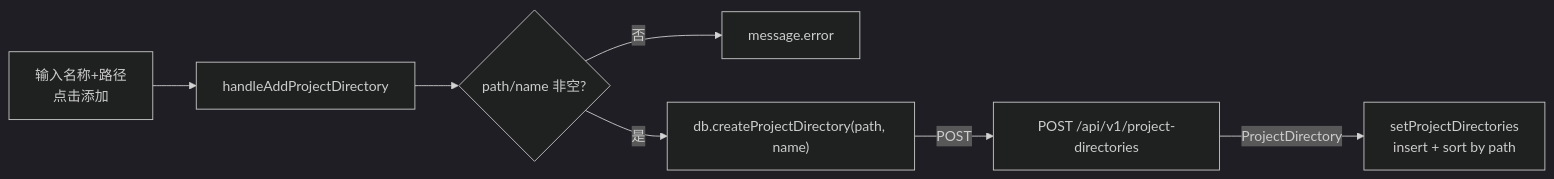
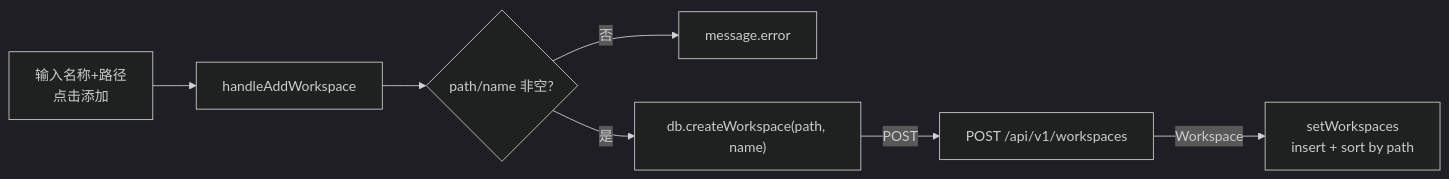
The first of 4 diagrams in frontend/src/help/pages/ws-add.md (weibaohui/ntd), drawn with Mermaid (dark theme) before and after one commit. The commit also changed other lines of this file and 122 other files, not shown here.

First line of the commit message:
refactor(104): 工作空间命名统一——project_directory 全套改为 workspace (#1054)

````diff
--- a/frontend/src/help/pages/ws-add.md
+++ b/frontend/src/help/pages/ws-add.md
@@ -8,9 +8,9 @@
 ```mermaid
 flowchart LR
-  User["输入名称+路径<br>点击添加"] --> handleAddProjectDirectory["handleAddProjectDirectory"]
-  handleAddProjectDirectory --> validate{path/name 非空?}
+  User["输入名称+路径<br>点击添加"] --> handleAddWorkspace["handleAddWorkspace"]
+  handleAddWorkspace --> validate{path/name 非空?}
   validate -->|"否"| errMsg["message.error"]
-  validate -->|"是"| db1["db.createProjectDirectory(path, name)"]
-  db1 -->|"POST"| API["POST /api/v1/project-directories"]
-  API -->|"ProjectDirectory"| setProjectDirectories["setProjectDirectories<br>insert + sort by path"]
+  validate -->|"是"| db1["db.createWorkspace(path, name)"]
+  db1 -->|"POST"| API["POST /api/v1/workspaces"]
+  API -->|"Workspace"| setWorkspaces["setWorkspaces<br>insert + sort by path"]
 ```
````
